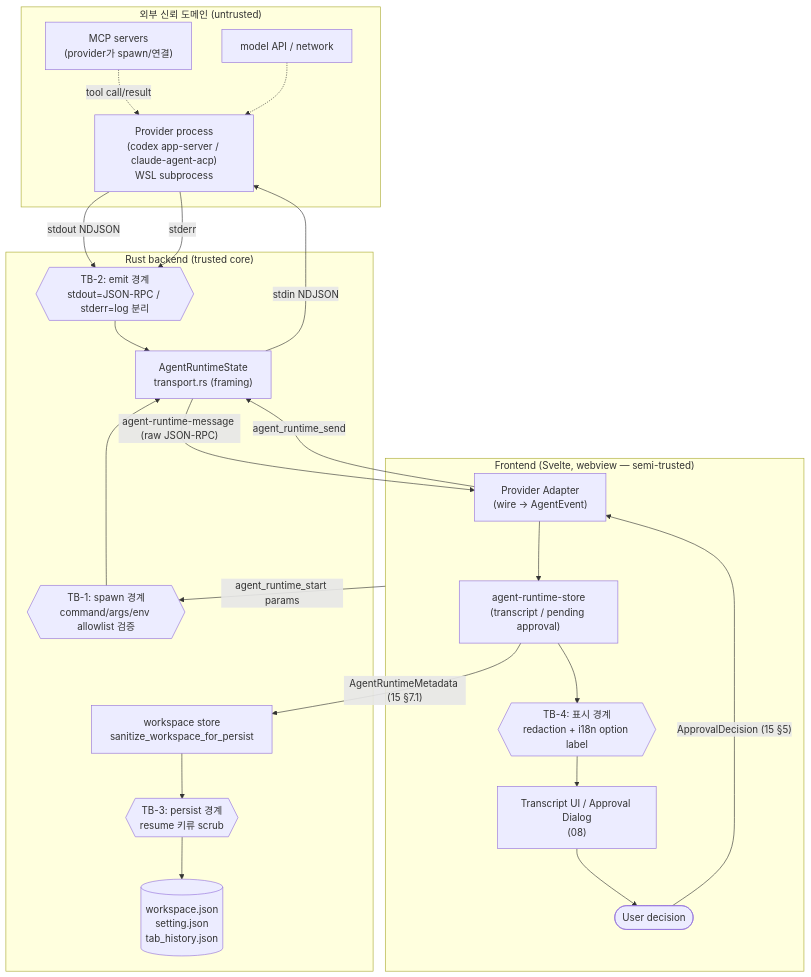
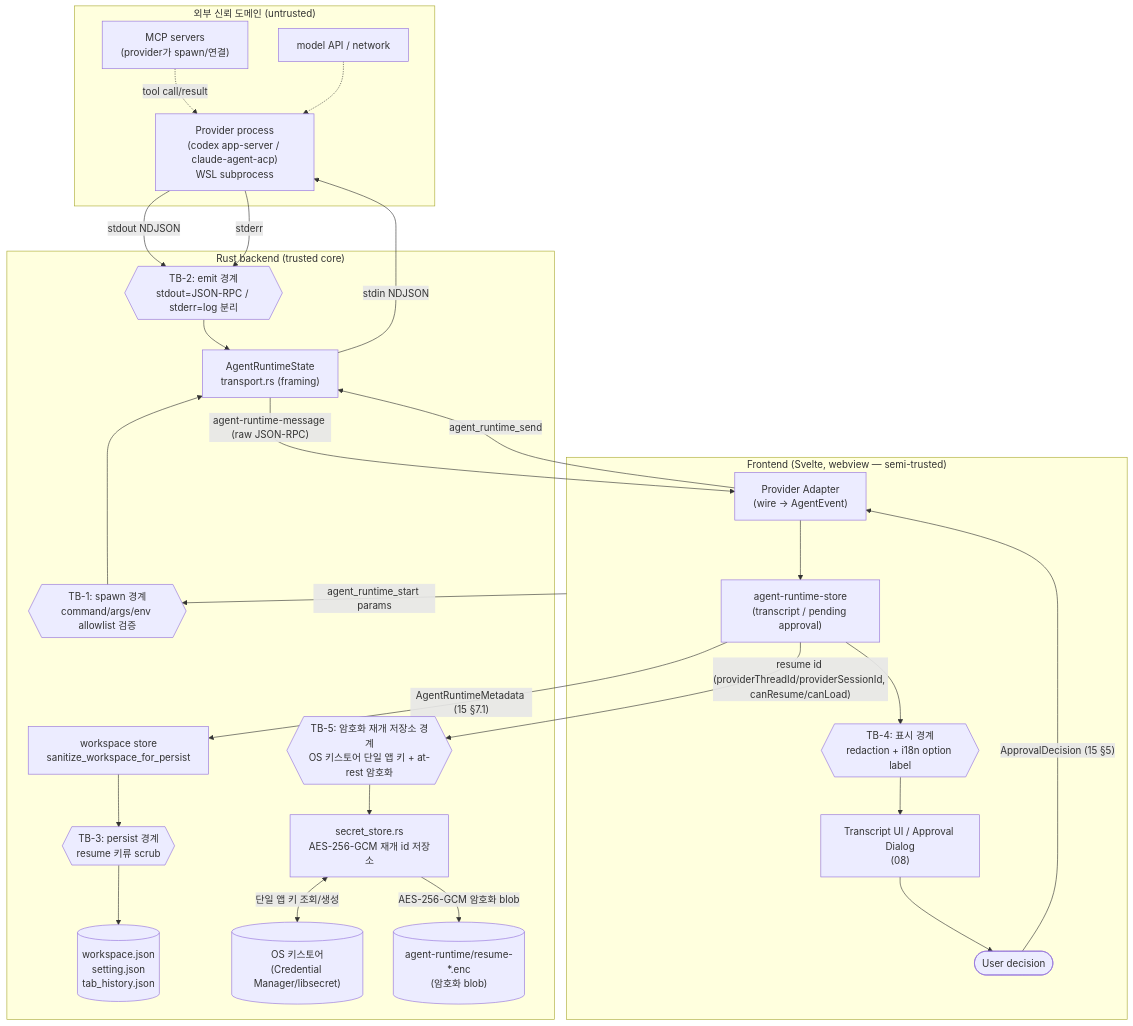
One commit to ummoftgo/clcomx changed the diagram in docs/plans/agent-direct-runtime/09-permissions-security.md. Above: the diagram before and after it, drawn with Mermaid. The commit also changed other lines of this file and 3 other files, not shown here.

Commit message:
docs(agent-runtime): OQ-16 하이브리드 복원 구현 반영(10/13/09/impl-log)

````diff
--- a/docs/plans/agent-direct-runtime/09-permissions-security.md
+++ b/docs/plans/agent-direct-runtime/09-permissions-security.md
@@ -33,37 +33,45 @@
 ```mermaid
 flowchart TB
     subgraph EXT["외부 신뢰 도메인 (untrusted)"]
         PROV["Provider process<br/>(codex app-server / claude-agent-acp)<br/>WSL subprocess"]
         MCP["MCP servers<br/>(provider가 spawn/연결)"]
         NET["model API / network"]
     end
 
     subgraph BACK["Rust backend (trusted core)"]
         TB1{{"TB-1: spawn 경계<br/>command/args/env allowlist 검증"}}
         RT["AgentRuntimeState<br/>transport.rs (framing)"]
         TB2{{"TB-2: emit 경계<br/>stdout=JSON-RPC / stderr=log 분리"}}
         PERSIST["workspace store<br/>sanitize_workspace_for_persist"]
         TB3{{"TB-3: persist 경계<br/>resume 키류 scrub"}}
         DISK[("workspace.json<br/>setting.json<br/>tab_history.json")]
+        SECSTORE["secret_store.rs<br/>AES-256-GCM 재개 id 저장소"]
+        TB5{{"TB-5: 암호화 재개 저장소 경계<br/>OS 키스토어 단일 앱 키 + at-rest 암호화"}}
+        KEYSTORE[("OS 키스토어<br/>(Credential Manager/libsecret)")]
+        RESUMEFILE[("agent-runtime/resume-*.enc<br/>(암호화 blob)")]
     end
 
     subgraph FRONT["Frontend (Svelte, webview — semi-trusted)"]
         ADAPTER["Provider Adapter<br/>(wire → AgentEvent)"]
         STORE["agent-runtime-store<br/>(transcript / pending approval)"]
         TB4{{"TB-4: 표시 경계<br/>redaction + i18n option label"}}
         UI["Transcript UI / Approval Dialog<br/>(08)"]
         USER(["User decision"])
     end
 
     PROV -->|"stdout NDJSON"| TB2 --> RT
     PROV -->|"stderr"| TB2
     MCP -.->|"tool call/result"| PROV
     NET -.-> PROV
     RT -->|"agent-runtime-message (raw JSON-RPC)"| ADAPTER
     ADAPTER --> STORE --> TB4 --> UI --> USER
     USER -->|"ApprovalDecision (15 §5)"| ADAPTER
     ADAPTER -->|"agent_runtime_send"| RT
     RT -->|"stdin NDJSON"| PROV
     FRONT -->|"agent_runtime_start params"| TB1 --> RT
     STORE -->|"AgentRuntimeMetadata (15 §7.1)"| PERSIST --> TB3 --> DISK
+    STORE -->|"resume id (providerThreadId/providerSessionId, canResume/canLoad)"| TB5
+    TB5 --> SECSTORE
+    SECSTORE <-->|"단일 앱 키 조회/생성"| KEYSTORE
+    SECSTORE -->|"AES-256-GCM 암호화 blob"| RESUMEFILE
 ```
````
